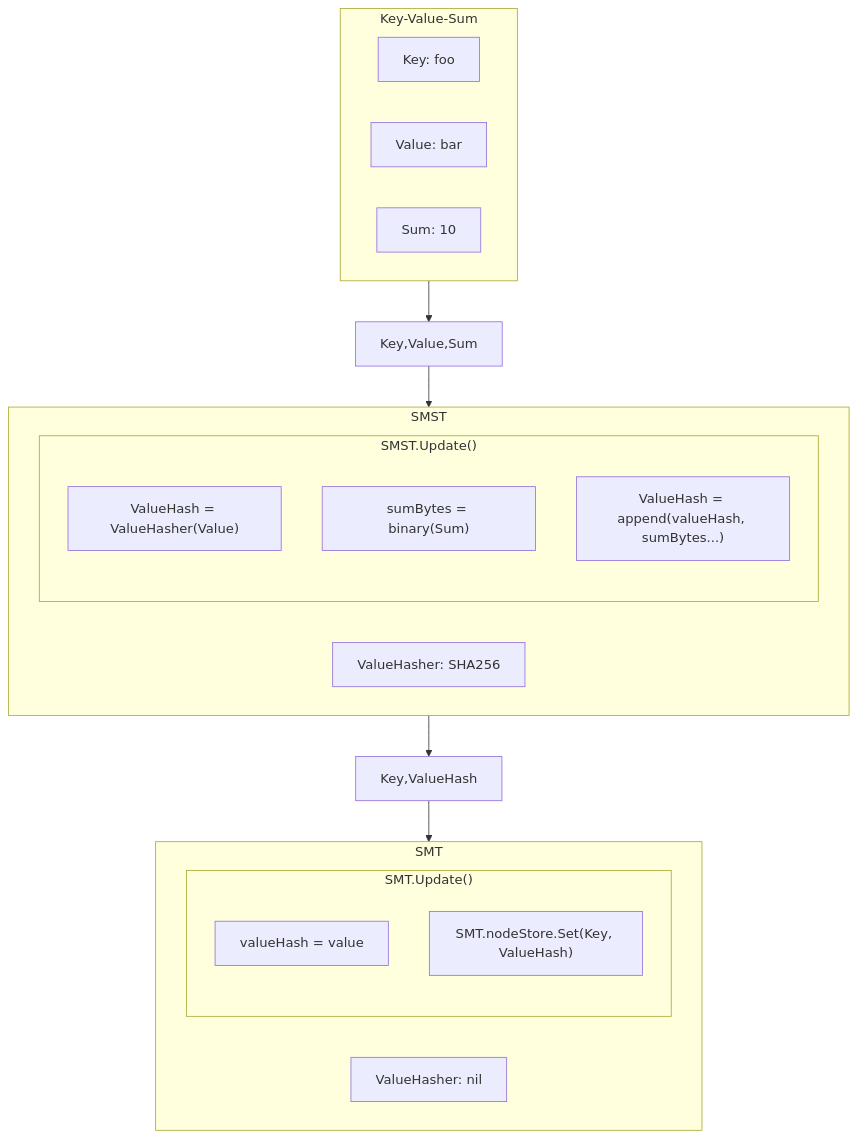
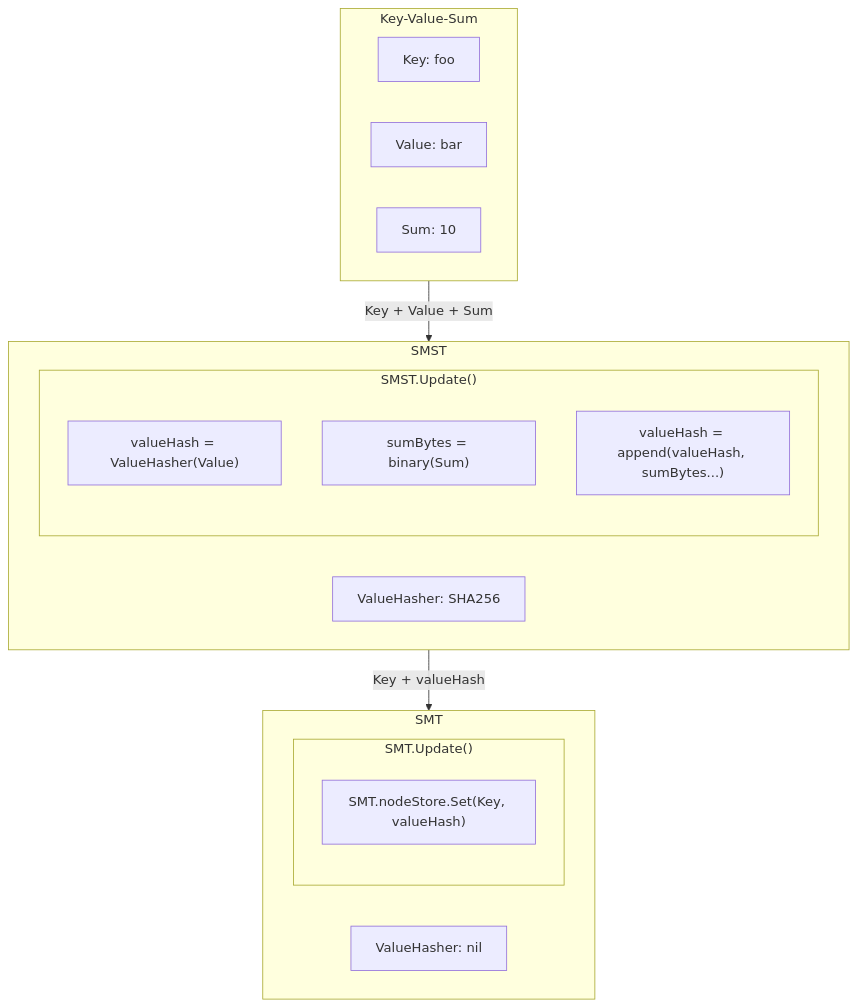
Before and after one commit to pokt-network/smt: the first of 3 diagrams in docs/MerkleSumTree.md, drawn with Mermaid. The commit also changed other lines of this file and 10 other files, not shown here.

````diff
--- a/docs/MerkleSumTree.md
+++ b/docs/MerkleSumTree.md
@@ -40,25 +72,24 @@
 ```mermaid
 graph TD
 	subgraph KVS[Key-Value-Sum]
 		K1["Key: foo"]
 		K2["Value: bar"]
 		K3["Sum: 10"]
 	end
 	subgraph SMST[SMST]
 		SS1[ValueHasher: SHA256]
 		subgraph SUM["SMST.Update()"]
-			SU1["ValueHash = ValueHasher(Value)"]
+			SU1["valueHash = ValueHasher(Value)"]
 			SU2["sumBytes = binary(Sum)"]
-			SU3["ValueHash = append(valueHash, sumBytes...)"]
+			SU3["valueHash = append(valueHash, sumBytes...)"]
 		end
 	end
 	subgraph SMT[SMT]
 		SM1[ValueHasher: nil]
 		subgraph UPD["SMT.Update()"]
-			U1["valueHash = value"]
-			U2["SMT.nodeStore.Set(Key, ValueHash)"]
+			U2["SMT.nodeStore.Set(Key, valueHash)"]
 		end
 	end
-	KVS -->Key,Value,Sum--> SMST
-	SMST -->Key,ValueHash--> SMT
+	KVS --"Key + Value + Sum"--> SMST
+	SMST --"Key + valueHash"--> SMT
 ```
````
